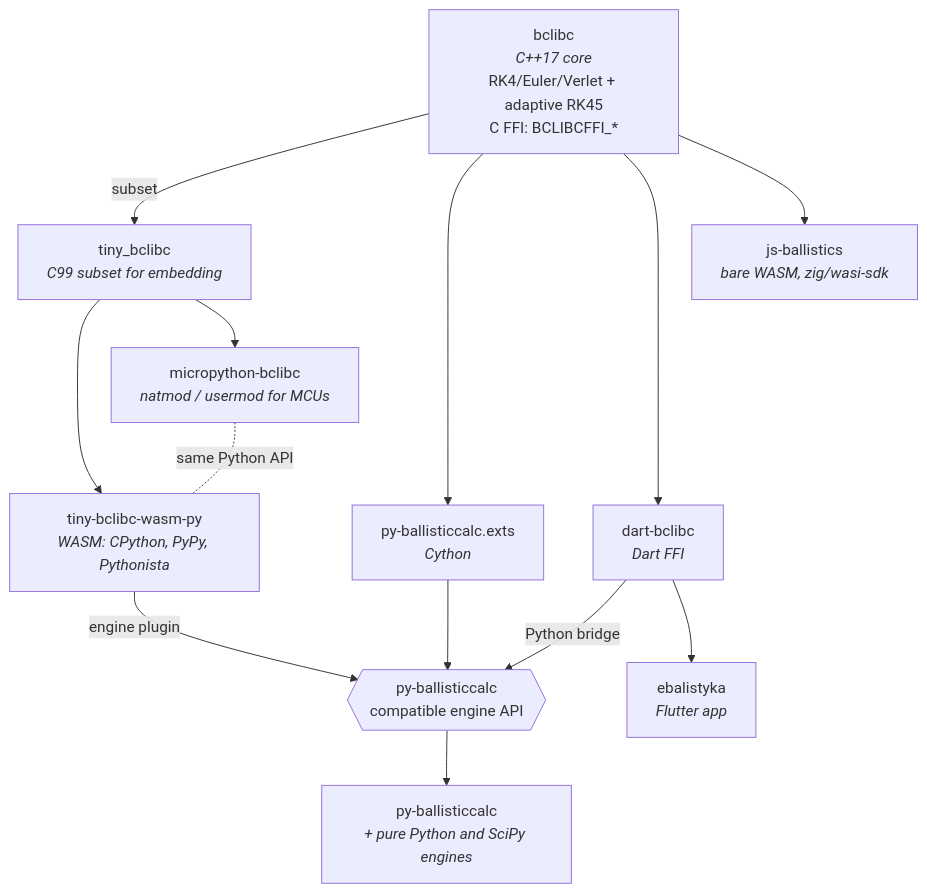
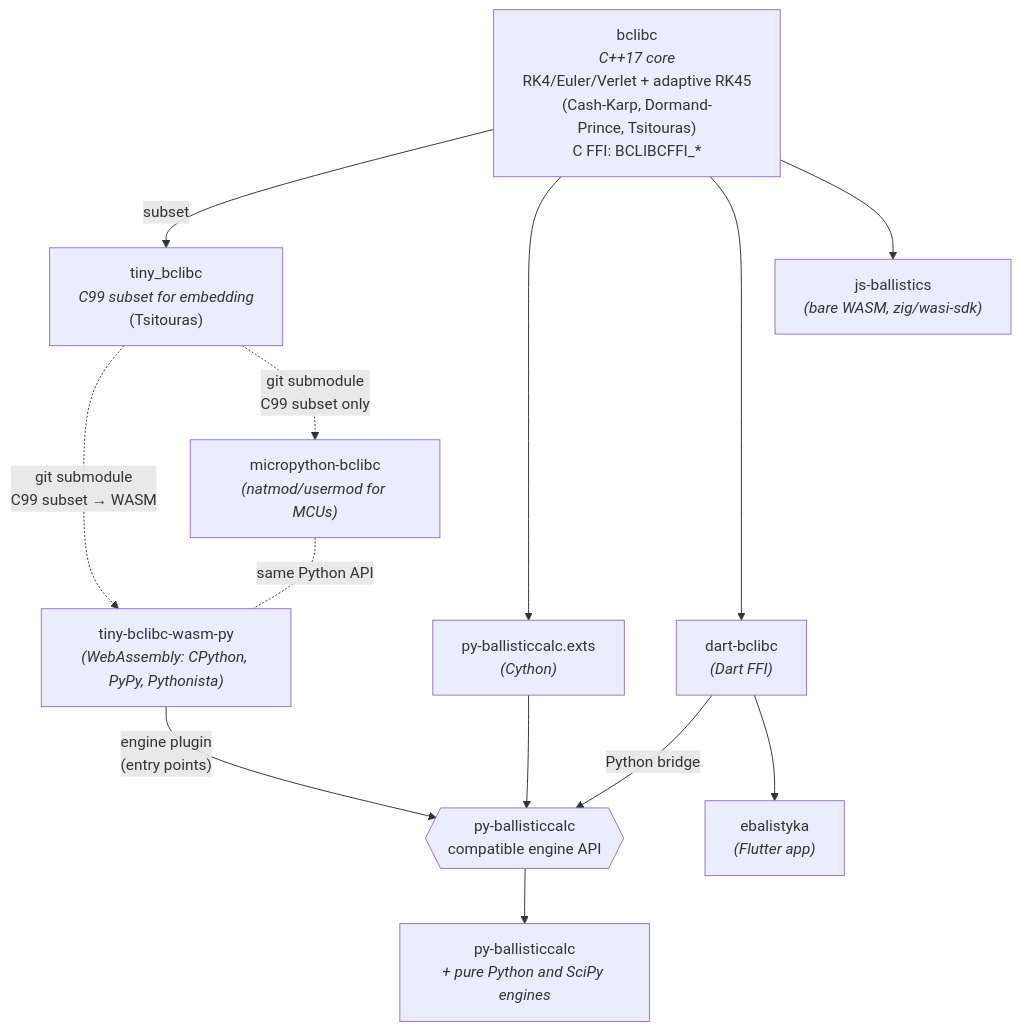
The first of 2 diagrams in README.md (ballistics-lab/.github), drawn with Mermaid before and after one commit.

Commit message:
chore: sync profile README to root

````diff
--- a/README.md
+++ b/README.md
@@ -23,21 +23,21 @@
 ```mermaid
 flowchart TD
-    A["bclibc<br><i>C++17 core</i><br>RK4/Euler/Verlet + adaptive RK45<br>C FFI: BCLIBCFFI_*"]
-    A2["tiny_bclibc<br><i>C99 subset for embedding</i>"]
+    A["bclibc<br><i>C++17&nbsp;core</i><br>RK4/Euler/Verlet&nbsp;+&nbsp;adaptive&nbsp;RK45<br>(Cash-Karp,&nbsp;Dormand-Prince,&nbsp;Tsitouras)<br>C&nbsp;FFI:&nbsp;BCLIBCFFI_*"]
+    A2["tiny_bclibc<br><i>C99&nbsp;subset&nbsp;for&nbsp;embedding</i><br>(Tsitouras)"]
     A -->|"subset"| A2
 
-    A --> X["py-ballisticcalc.exts<br><i>Cython</i>"]
-    A --> D["dart-bclibc<br><i>Dart FFI</i>"]
-    A --> J["js-ballistics<br><i>bare WASM, zig/wasi-sdk</i>"]
-    A2 --> T["tiny-bclibc-wasm-py<br><i>WASM: CPython, PyPy, Pythonista</i>"]
-    A2 --> E["micropython-bclibc<br><i>natmod / usermod for MCUs</i>"]
+    A --> X["py-ballisticcalc.exts<br><i>(Cython)</i>"]
+    A --> D["dart-bclibc<br><i>(Dart FFI)</i>"]
+    A --> J["js-ballistics<br><i>(bare WASM, zig/wasi-sdk)</i>"]
+    A2 -.->|"git submodule<br>C99 subset → WASM"| T["tiny-bclibc-wasm-py<br><i>(WebAssembly: CPython, PyPy, Pythonista)</i>"]
+    A2 -.->|"git submodule<br>C99 subset only"| E["micropython-bclibc<br><i>(natmod/usermod for MCUs)</i>"]
 
     API{{"py-ballisticcalc<br>compatible engine API"}}
     X --> API
     D -->|"Python bridge"| API
-    T -->|"engine plugin"| API
+    T -->|"engine plugin<br>(entry points)"| API
     API --> P["py-ballisticcalc<br><i>+ pure Python and SciPy engines</i>"]
 
     E -.-|"same Python API"| T
-    D --> F["ebalistyka<br><i>Flutter app</i>"]
+    D --> F["ebalistyka<br><i>(Flutter app)</i>"]
 ```
````
